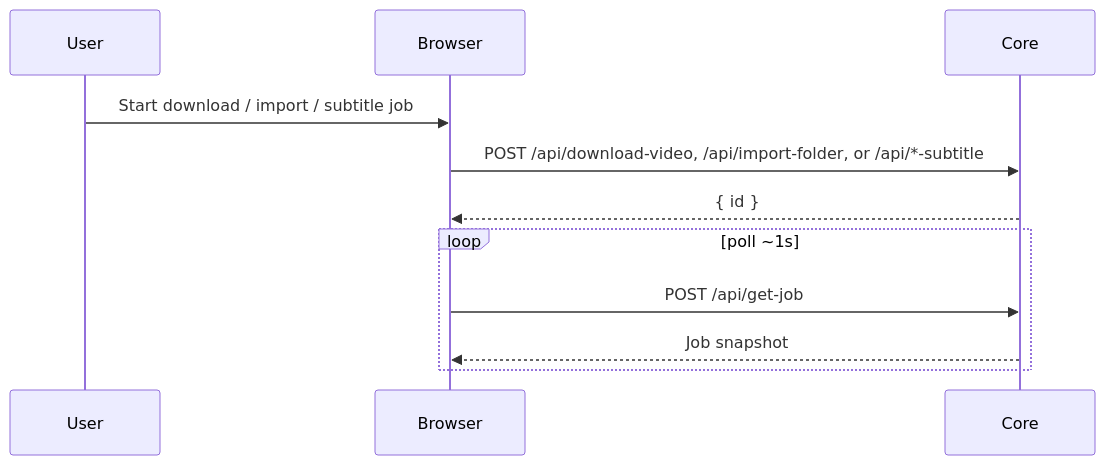
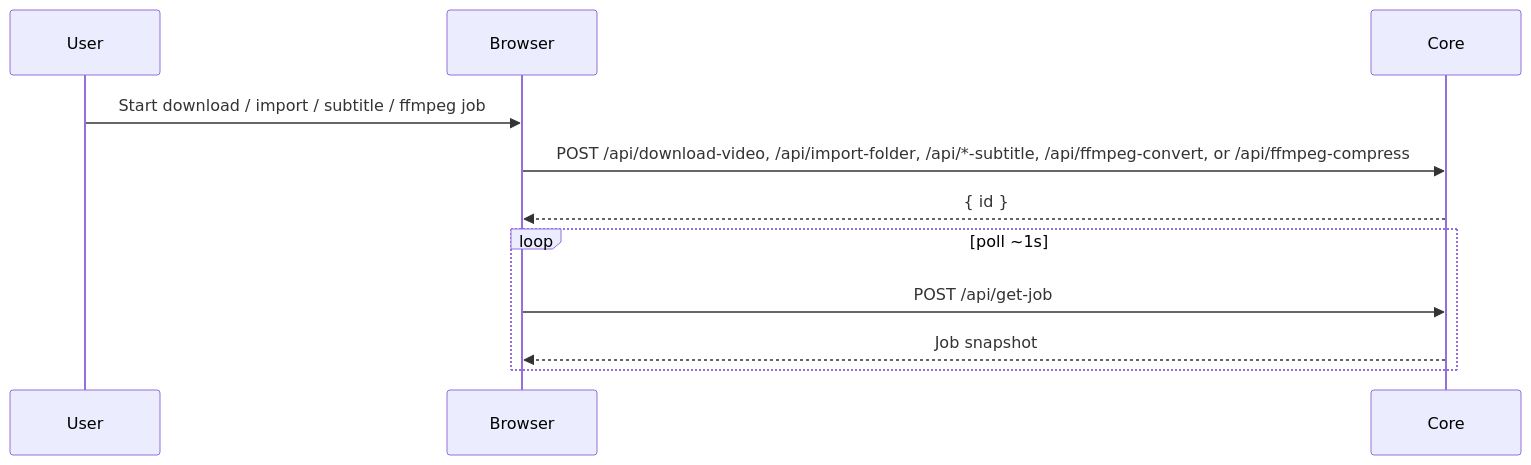
One commit to lawrenceching/SMM changed the diagram in docs/dev/job.md. Above: the diagram before and after it, drawn with Mermaid. The commit also changed other lines of this file and 2 other files, not shown here.

Commit message:
docs: document Core ffmpeg convert/compress jobs, queue, and HTTP/CLI

````diff
--- a/docs/dev/job.md
+++ b/docs/dev/job.md
@@ -97,14 +111,14 @@
 ```mermaid
 sequenceDiagram
   participant U as User
   participant B as Browser
   participant C as Core
 
-  U->>B: Start download / import / subtitle job
-  B->>C: POST /api/download-video, /api/import-folder, or /api/*-subtitle
+  U->>B: Start download / import / subtitle / ffmpeg job
+  B->>C: POST /api/download-video, /api/import-folder, /api/*-subtitle, /api/ffmpeg-convert, or /api/ffmpeg-compress
   C-->>B: { id }
   loop poll ~1s
     B->>C: POST /api/get-job
     C-->>B: Job snapshot
   end
 ```
````
